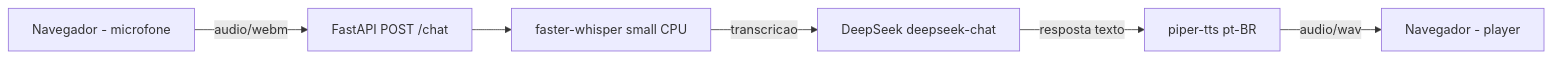
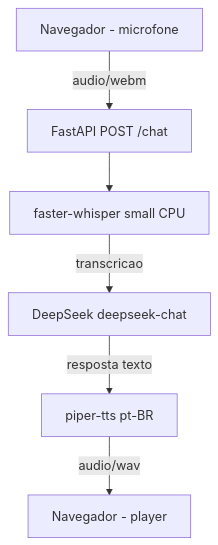
One commit to rafaelang/proj-master--iag-llm-2025-2-puc-rio-final changed the diagram in docs/v01.md. Above: the diagram before and after it, drawn with Mermaid.

Commit message:
v0.1 - Docs: diagrama mermaid TB na evidencia

````diff
--- a/docs/v01.md
+++ b/docs/v01.md
@@ -34,8 +34,8 @@
 ```mermaid
-flowchart LR
+flowchart TB
     A[Navegador - microfone] -->|audio/webm| B[FastAPI POST /chat]
     B --> C[faster-whisper small CPU]
     C -->|transcricao| D[DeepSeek deepseek-chat]
     D -->|resposta texto| E[piper-tts pt-BR]
     E -->|audio/wav| F[Navegador - player]
 ```
````
